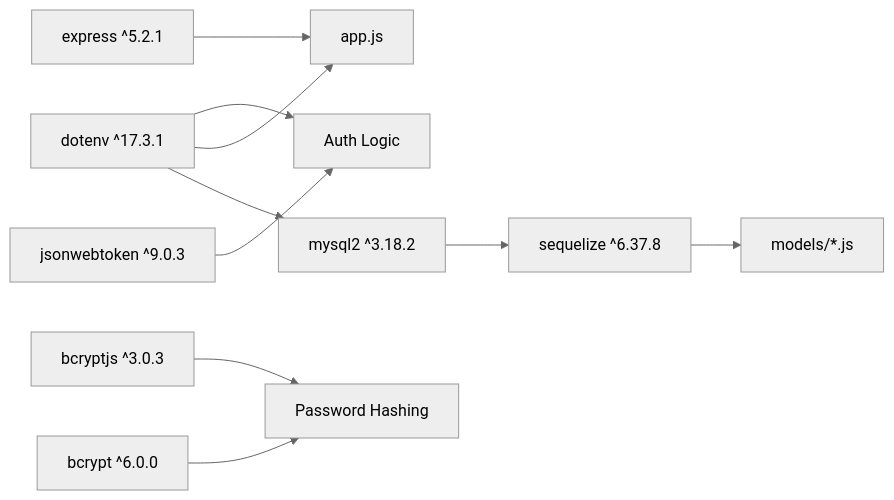
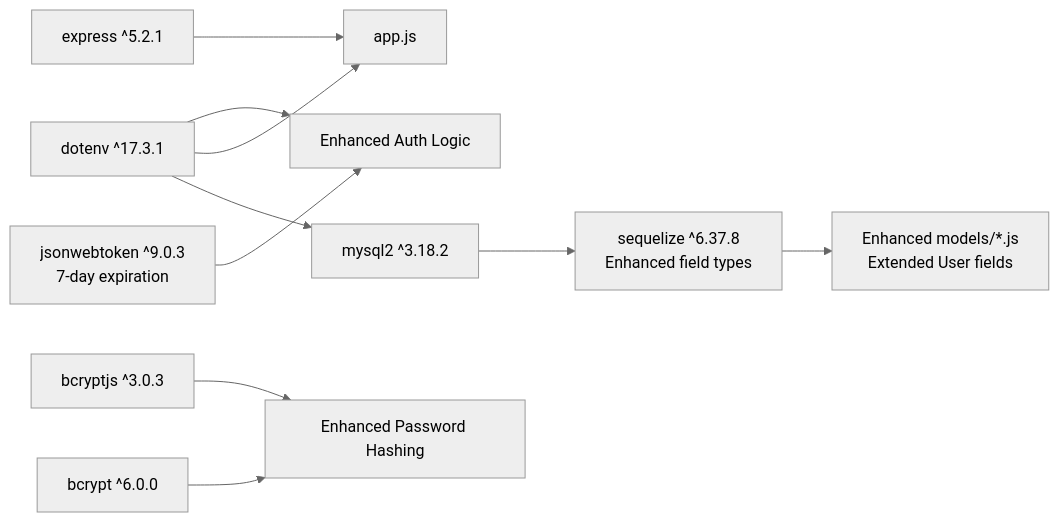
Before and after one commit to Mreng78/khirocom_project: the eighth of 8 diagrams in .qoder/repowiki/en/content/Feature Modules/User Management System.md, drawn with Mermaid (neutral theme). The commit also changed other lines of this file and 13 other files, not shown here.

````diff
--- a/.qoder/repowiki/en/content/Feature Modules/User Management System.md
+++ b/.qoder/repowiki/en/content/Feature Modules/User Management System.md
@@ -406,12 +480,12 @@
 ```mermaid
 graph LR
 EX["express ^5.2.1"] --> APP["app.js"]
-JWT["jsonwebtoken ^9.0.3"] --> AUTH["Auth Logic"]
-BC["bcrypt ^6.0.0"] --> HASH["Password Hashing"]
+JWT["jsonwebtoken ^9.0.3<br/>7-day expiration"] --> AUTH["Enhanced Auth Logic"]
+BC["bcrypt ^6.0.0"] --> HASH["Enhanced Password Hashing"]
 BCJS["bcryptjs ^3.0.3"] --> HASH
-DB["mysql2 ^3.18.2"] --> SEQ["sequelize ^6.37.8"]
-SEQ --> MODELS["models/*.js"]
+DB["mysql2 ^3.18.2"] --> SEQ["sequelize ^6.37.8<br/>Enhanced field types"]
+SEQ --> MODELS["Enhanced models/*.js<br/>Extended User fields"]
 DOT["dotenv ^17.3.1"] --> DB
 DOT --> APP
 DOT --> AUTH
 ```
````
